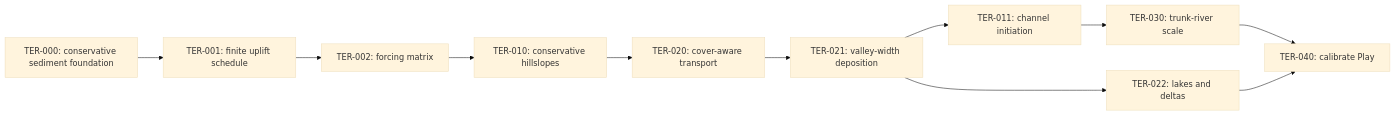
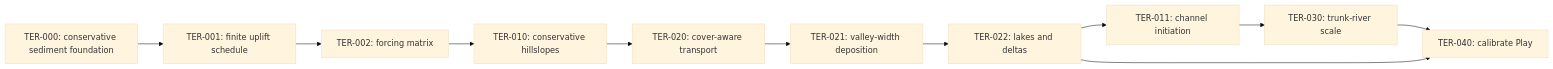
Before and after one commit to mbrock/moppe: the diagram in planning/tracks/terrain-landforms/README.md, drawn with Mermaid (base theme). The commit also changed other lines of this file and 9 other files, not shown here.

````diff
--- a/planning/tracks/terrain-landforms/README.md
+++ b/planning/tracks/terrain-landforms/README.md
@@ -9,17 +9,17 @@
 ```mermaid
 flowchart LR
   TER000["TER-000: conservative sediment foundation"]
   TER001["TER-001: finite uplift schedule"]
   TER002["TER-002: forcing matrix"]
   TER010["TER-010: conservative hillslopes"]
   TER011["TER-011: channel initiation"]
   TER020["TER-020: cover-aware transport"]
   TER021["TER-021: valley-width deposition"]
   TER022["TER-022: lakes and deltas"]
   TER030["TER-030: trunk-river scale"]
   TER040["TER-040: calibrate Play"]
 
   TER000 --> TER001 --> TER002 --> TER010 --> TER020 --> TER021
-  TER021 --> TER011 --> TER030 --> TER040
-  TER021 --> TER022 --> TER040
+  TER021 --> TER022 --> TER011 --> TER030 --> TER040
+  TER022 --> TER040
 ```
````
